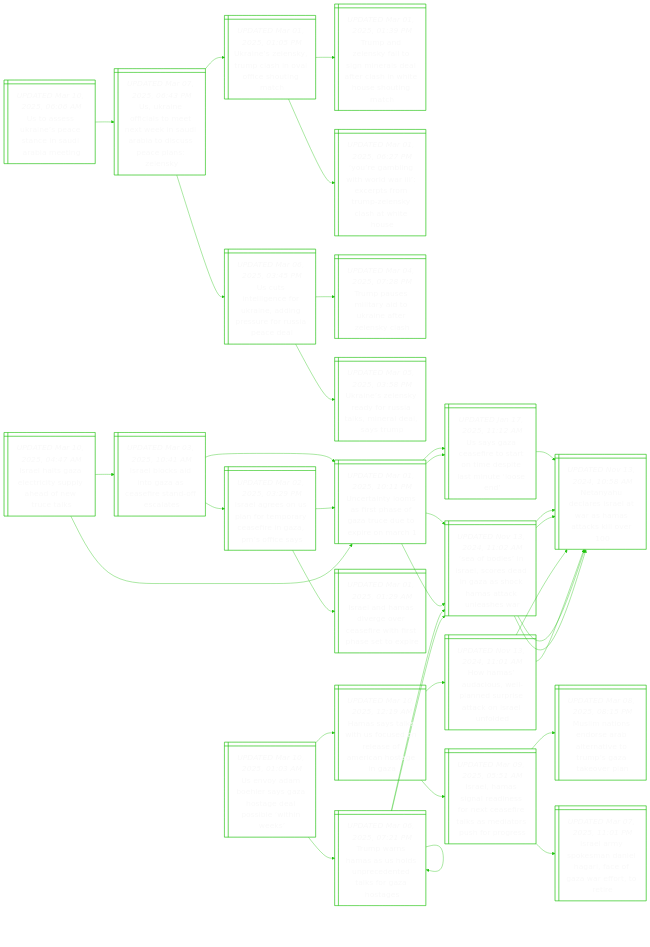
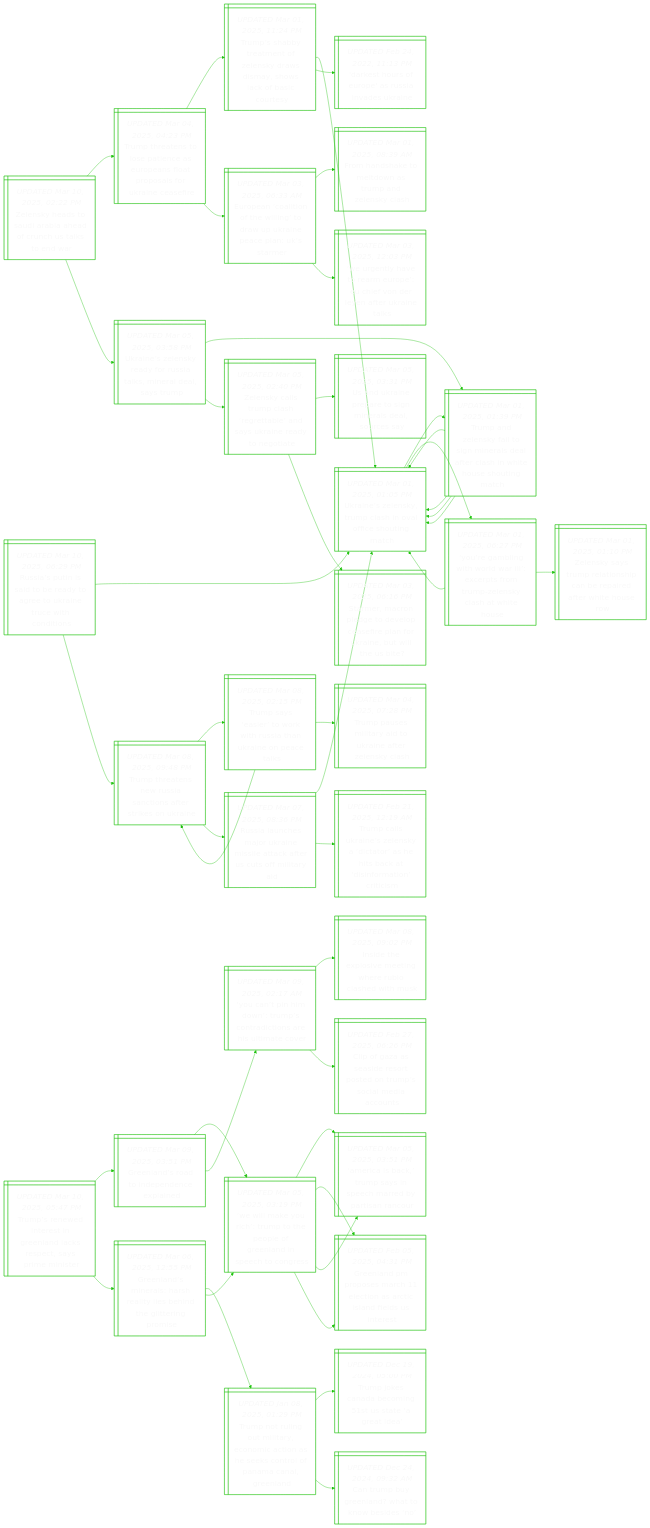
One commit to notJmes/notJmes changed the diagram in README.md. Above: the diagram before and after it, drawn with Mermaid. The commit also changed other lines of this file, not shown here.

````diff
--- a/README.md
+++ b/README.md
@@ -16,118 +16,142 @@
 flowchart LR
 classDef txtsize font-size:20px;
 
-UsUnaaniit@{ shape: win-pane, label: "_UPDATED Mar 10, 2025, 06:06 AM_
-Us to assess ukraine’s peace stance in saudi arabia meeting" }
-Uafameeartcelek@{ shape: win-pane, label: "_UPDATED Mar 07, 2025, 06:43 PM_
-Us, ukraine officials to meet next week in saudi arabia to discuss peace plans: zelensky" }
+ZsaSAaduSsd@{ shape: win-pane, label: "_UPDATED Mar 10, 2025, 02:22 PM_
+Zelensky heads to saudi arabia ahead of crunch us talks to end war" }
+TttopnEelrariar@{ shape: win-pane, label: "_UPDATED Mar 04, 2025, 04:23 PM_
+Trump threatens to lose patience as europeans float proposals for ukraine ceasefire" }
+Tsbatlysawksuy@{ shape: win-pane, label: "_UPDATED Mar 01, 2025, 11:24 PM_
+Trump’s shabby treatment of zelensky draws dismay, shows lack of basic courtesy" }
+Unlyphaiogh@{ shape: win-pane, label: "_UPDATED Mar 01, 2025, 01:05 PM_
+Ukraine’s zelensky, trump clash in oval office shouting match" }
+DsruasvUn@{ shape: win-pane, label: "_UPDATED Feb 24, 2022, 11:13 PM_
+'darkest hours of europe' as russia invades ukraine" }
+Eeaohlouaelsm@{ shape: win-pane, label: "_UPDATED Mar 03, 2025, 06:33 AM_
+European ‘coalition of the willing’ to draw up ukraine peace plan: uk’s starmer" }
+FaamoTalyh@{ shape: win-pane, label: "_UPDATED Mar 01, 2025, 08:39 AM_
+From handshake to meltdown as trump and zelensky clash" }
+WehomphoLaUnk@{ shape: win-pane, label: "_UPDATED Mar 03, 2025, 12:03 PM_
+‘we urgently have to rearm europe’: eu chief von der leyen after ukraine talks" }
+UnlyyutmalT@{ shape: win-pane, label: "_UPDATED Mar 05, 2025, 03:58 PM_
+Ukraine’s zelensky ready for russia talks, mineral deal, says trump" }
+TalytnretaWHsit@{ shape: win-pane, label: "_UPDATED Mar 01, 2025, 01:39 PM_
+Trump and zelensky fail to sign minerals deal after clash in white house shouting match" }
+Unlyphaiogh@{ shape: win-pane, label: "_UPDATED Mar 01, 2025, 01:05 PM_
+Ukraine’s zelensky, trump clash in oval office shouting match" }
+Unlyphaiogh@{ shape: win-pane, label: "_UPDATED Mar 01, 2025, 01:05 PM_
+Ukraine’s zelensky, trump clash in oval office shouting match" }
+Zsluagansiani@{ shape: win-pane, label: "_UPDATED Mar 05, 2025, 02:40 PM_
+Zelensky calls trump clash ‘regrettable’ and says ukraine ready to negotiate" }
+UUnpomaara@{ shape: win-pane, label: "_UPDATED Mar 05, 2025, 03:31 PM_
+Us and ukraine prepare to sign minerals deal, sources say" }
+Sereolarnkeiet@{ shape: win-pane, label: "_UPDATED Mar 03, 2025, 06:16 PM_
+Starmer, macron pledge to develop ceasefire plan for ukraine, but will the us bite?" }
+
+ZsaSAaduSsd:::txtsize --> TttopnEelrariar:::txtsize
+TttopnEelrariar:::txtsize --> Tsbatlysawksuy:::txtsize
+Tsbatlysawksuy:::txtsize --> Unlyphaiogh:::txtsize
+Tsbatlysawksuy:::txtsize --> DsruasvUn:::txtsize
+TttopnEelrariar:::txtsize --> Eeaohlouaelsm:::txtsize
+Eeaohlouaelsm:::txtsize --> FaamoTalyh:::txtsize
+Eeaohlouaelsm:::txtsize --> WehomphoLaUnk:::txtsize
+ZsaSAaduSsd:::txtsize --> UnlyyutmalT:::txtsize
+UnlyyutmalT:::txtsize --> TalytnretaWHsit:::txtsize
+TalytnretaWHsit:::txtsize --> Unlyphaiogh:::txtsize
+TalytnretaWHsit:::txtsize --> Unlyphaiogh:::txtsize
+UnlyyutmalT:::txtsize --> Zsluagansiani:::txtsize
+Zsluagansiani:::txtsize --> UUnpomaara:::txtsize
+Zsluagansiani:::txtsize --> Sereolarnkeiet:::txtsize
+
+Raiabdgoiutdn@{ shape: win-pane, label: "_UPDATED Mar 10, 2025, 06:29 PM_
+Russia’s putin is said to be ready to agree to ukraine truce with conditions" }
 Unlyphaiogh@{ shape: win-pane, label: "_UPDATED Mar 01, 2025, 01:05 PM_
 Ukraine’s zelensky, trump clash in oval office shouting match" }
 TalytnretaWHsit@{ shape: win-pane, label: "_UPDATED Mar 01, 2025, 01:39 PM_
 Trump and zelensky fail to sign minerals deal after clash in white house shouting match" }
+Unlyphaiogh@{ shape: win-pane, label: "_UPDATED Mar 01, 2025, 01:05 PM_
+Ukraine’s zelensky, trump clash in oval office shouting match" }
+Unlyphaiogh@{ shape: win-pane, label: "_UPDATED Mar 01, 2025, 01:05 PM_
+Ukraine’s zelensky, trump clash in oval office shouting match" }
 YgitlIcsTZsaWH@{ shape: win-pane, label: "_UPDATED Mar 01, 2025, 06:27 PM_
 ‘you’re gambling with world war iii’: excerpts from trump-zelensky clash at white house" }
-UslnridrrRae@{ shape: win-pane, label: "_UPDATED Mar 06, 2025, 03:45 PM_
-Us cuts intelligence for ukraine, adding pressure for russia peace deal" }
+Unlyphaiogh@{ shape: win-pane, label: "_UPDATED Mar 01, 2025, 01:05 PM_
+Ukraine’s zelensky, trump clash in oval office shouting match" }
+Zsymasaeeets@{ shape: win-pane, label: "_UPDATED Mar 01, 2025, 01:10 PM_
+Zelensky says trump relationship can be repaired after white house row" }
+Tttesnneini@{ shape: win-pane, label: "_UPDATED Mar 08, 2025, 09:48 PM_
+Trump threatens new russia sanctions after strikes on ukraine" }
+TsatkRaUnea@{ shape: win-pane, label: "_UPDATED Mar 08, 2025, 02:15 PM_
+Trump says ‘easier’ to work with russia than ukraine on peace talks" }
 Tpstikernl@{ shape: win-pane, label: "_UPDATED Mar 04, 2025, 07:28 PM_
 Trump pauses military aid to ukraine after zelensky clash" }
-UnlyyutmalT@{ shape: win-pane, label: "_UPDATED Mar 05, 2025, 03:58 PM_
-Ukraine’s zelensky ready for russia talks, mineral deal, says trump" }
+Tttesnneini@{ shape: win-pane, label: "_UPDATED Mar 08, 2025, 09:48 PM_
+Trump threatens new russia sanctions after strikes on ukraine" }
+RacakeitfSoly@{ shape: win-pane, label: "_UPDATED Mar 07, 2025, 08:36 PM_
+Russia launches major ukraine missile attack after us cuts off military aid" }
+Unlyphaiogh@{ shape: win-pane, label: "_UPDATED Mar 01, 2025, 01:05 PM_
+Ukraine’s zelensky, trump clash in oval office shouting match" }
+TcUnlytaicioiis@{ shape: win-pane, label: "_UPDATED Feb 21, 2025, 12:19 AM_
+Trump calls ukraine’s zelensky a ‘dictator’ as he hits back at ‘disinformation’ criticism" }
 
-UsUnaaniit:::txtsize --> Uafameeartcelek:::txtsize
-Uafameeartcelek:::txtsize --> Unlyphaiogh:::txtsize
+Raiabdgoiutdn:::txtsize --> Unlyphaiogh:::txtsize
 Unlyphaiogh:::txtsize --> TalytnretaWHsit:::txtsize
+TalytnretaWHsit:::txtsize --> Unlyphaiogh:::txtsize
+TalytnretaWHsit:::txtsize --> Unlyphaiogh:::txtsize
 Unlyphaiogh:::txtsize --> YgitlIcsTZsaWH:::txtsize
-Uafameeartcelek:::txtsize --> UslnridrrRae:::txtsize
-UslnridrrRae:::txtsize --> Tpstikernl:::txtsize
-UslnridrrRae:::txtsize --> UnlyyutmalT:::txtsize
+YgitlIcsTZsaWH:::txtsize --> Unlyphaiogh:::txtsize
+YgitlIcsTZsaWH:::txtsize --> Zsymasaeeets:::txtsize
+Raiabdgoiutdn:::txtsize --> Tttesnneini:::txtsize
+Tttesnneini:::txtsize --> TsatkRaUnea:::txtsize
+TsatkRaUnea:::txtsize --> Tpstikernl:::txtsize
+TsatkRaUnea:::txtsize --> Tttesnneini:::txtsize
+Tttesnneini:::txtsize --> RacakeitfSoly:::txtsize
+RacakeitfSoly:::txtsize --> Unlyphaiogh:::txtsize
+RacakeitfSoly:::txtsize --> TcUnlytaicioiis:::txtsize
 
-Ilserylaeck@{ shape: win-pane, label: "_UPDATED Mar 10, 2025, 04:47 AM_
-Israel halts gaza electricity supply ahead of new truce talks" }
-Ilkiacftfas@{ shape: win-pane, label: "_UPDATED Mar 03, 2025, 10:41 AM_
-Israel blocks aid into gaza as ceasefire stand-off escalates" }
-UtysraGruxoc@{ shape: win-pane, label: "_UPDATED Mar 01, 2025, 10:11 PM_
-Uncertainty looms as first phase of gaza truce due to expire on march 1" }
-Uscfotmpanon@{ shape: win-pane, label: "_UPDATED Jan 17, 2025, 11:12 AM_
-Us says gaza ceasefire to start on time despite last minute ‘loose end’" }
-Sbsrcdnacaale@{ shape: win-pane, label: "_UPDATED Nov 13, 2024, 11:02 AM_
-‘sea of bodies’ in israel, scores dead in gaza as shock hamas attack unleashes war" }
-IleSfmrsezoe@{ shape: win-pane, label: "_UPDATED Mar 02, 2025, 03:29 PM_
-Israel agrees on us plan for temporary ceasefire in gaza, pm’s office says" }
-Ilaiecfiratp@{ shape: win-pane, label: "_UPDATED Mar 01, 2025, 01:29 AM_
-Israel and hamas diverge over ceasefire with first phase set to expire" }
-UtysraGruxoc@{ shape: win-pane, label: "_UPDATED Mar 01, 2025, 10:11 PM_
-Uncertainty looms as first phase of gaza truce due to expire on march 1" }
-UtysraGruxoc@{ shape: win-pane, label: "_UPDATED Mar 01, 2025, 10:11 PM_
-Uncertainty looms as first phase of gaza truce due to expire on march 1" }
-Uscfotmpanon@{ shape: win-pane, label: "_UPDATED Jan 17, 2025, 11:12 AM_
-Us says gaza ceasefire to start on time despite last minute ‘loose end’" }
-NyeeawHakl@{ shape: win-pane, label: "_UPDATED Nov 13, 2024, 10:58 AM_
-Netanyahu declares israel at war as hamas attacks kill over 100" }
-Sbsrcdnacaale@{ shape: win-pane, label: "_UPDATED Nov 13, 2024, 11:02 AM_
-‘sea of bodies’ in israel, scores dead in gaza as shock hamas attack unleashes war" }
-NyeeawHakl@{ shape: win-pane, label: "_UPDATED Nov 13, 2024, 10:58 AM_
-Netanyahu declares israel at war as hamas attacks kill over 100" }
-NyeeawHakl@{ shape: win-pane, label: "_UPDATED Nov 13, 2024, 10:58 AM_
-Netanyahu declares israel at war as hamas attacks kill over 100" }
+Tswttenkpainr@{ shape: win-pane, label: "_UPDATED Mar 10, 2025, 05:47 PM_
+Trump’s renewed interest in greenland lacks respect, says prime minister" }
+Glropnpe@{ shape: win-pane, label: "_UPDATED Mar 09, 2025, 03:51 PM_
+Greenland’s road to independence explained" }
+WlycmhpGlncos@{ shape: win-pane, label: "_UPDATED Mar 05, 2025, 03:19 PM_
+‘we will make you rich’: trump to the people of greenland in speech to congress" }
+Acauypmdrno@{ shape: win-pane, label: "_UPDATED Mar 05, 2025, 03:51 PM_
+‘america is back,’ trump says in speech marred by partisan rancour" }
+GlMoaloriddns@{ shape: win-pane, label: "_UPDATED Feb 05, 2025, 04:31 PM_
+Greenland pm proposes march 11 election as arctic island fields us interest" }
+Ynhwmninhter@{ shape: win-pane, label: "_UPDATED Mar 09, 2025, 02:17 AM_
+‘you can’t pin him down’: trump’s contradictions are his ultimate cover" }
+IexiewRceh@{ shape: win-pane, label: "_UPDATED Mar 08, 2025, 09:02 PM_
+Inside the explosive meeting where rubio clashed with musk" }
+Cfasepduoman@{ shape: win-pane, label: "_UPDATED Feb 27, 2025, 06:26 PM_
+Clip of gaza as seaside resort posted on trump’s social media accounts" }
+Glmaraletiio@{ shape: win-pane, label: "_UPDATED Mar 06, 2025, 12:55 PM_
+Greenland’s minerals: harsh reality lies behind the glittering promise" }
+Tnluiemtsenoanen@{ shape: win-pane, label: "_UPDATED Jan 08, 2025, 01:29 PM_
+Trump not ruling out military, economic action as he seeks control of panama canal, greenland" }
+TjCamtard@{ shape: win-pane, label: "_UPDATED Dec 19, 2024, 05:00 PM_
+Trump jokes canada becoming 51st us state ‘a great idea’" }
+CuynWobe@{ shape: win-pane, label: "_UPDATED Dec 24, 2024, 09:32 AM_
+Can trump buy greenland? what to know besides ‘no’" }
+WlycmhpGlncos@{ shape: win-pane, label: "_UPDATED Mar 05, 2025, 03:19 PM_
+‘we will make you rich’: trump to the people of greenland in speech to congress" }
+Acauypmdrno@{ shape: win-pane, label: "_UPDATED Mar 05, 2025, 03:51 PM_
+‘america is back,’ trump says in speech marred by partisan rancour" }
+GlMoaloriddns@{ shape: win-pane, label: "_UPDATED Feb 05, 2025, 04:31 PM_
+Greenland pm proposes march 11 election as arctic island fields us interest" }
 
-Ilserylaeck:::txtsize --> Ilkiacftfas:::txtsize
-Ilkiacftfas:::txtsize --> UtysraGruxoc:::txtsize
-UtysraGruxoc:::txtsize --> Uscfotmpanon:::txtsize
-UtysraGruxoc:::txtsize --> Sbsrcdnacaale:::txtsize
-Ilkiacftfas:::txtsize --> IleSfmrsezoe:::txtsize
-IleSfmrsezoe:::txtsize --> Ilaiecfiratp:::txtsize
-IleSfmrsezoe:::txtsize --> UtysraGruxoc:::txtsize
-Ilserylaeck:::txtsize --> UtysraGruxoc:::txtsize
-UtysraGruxoc:::txtsize --> Uscfotmpanon:::txtsize
-Uscfotmpanon:::txtsize --> NyeeawHakl:::txtsize
-UtysraGruxoc:::txtsize --> Sbsrcdnacaale:::txtsize
-Sbsrcdnacaale:::txtsize --> NyeeawHakl:::txtsize
-Sbsrcdnacaale:::txtsize --> NyeeawHakl:::txtsize
-
-Uomlyaaaswns@{ shape: win-pane, label: "_UPDATED Mar 10, 2025, 01:03 AM_
-Us envoy adam boehler says gaza hostage deal possible ‘within weeks’" }
-HsaifeeeenaG@{ shape: win-pane, label: "_UPDATED Mar 10, 2025, 12:19 AM_
-Hamas says talks with us focused on release of american hostage in gaza" }
-Ilsadsearkeospe@{ shape: win-pane, label: "_UPDATED Mar 09, 2025, 05:51 AM_
-Israel, hamas signal readiness for next ceasefire talks as mediators push for progress" }
-MmodAlatmzep@{ shape: win-pane, label: "_UPDATED Mar 08, 2025, 08:15 PM_
-Muslim nations endorse arab alternative to trump’s gaza takeover plan" }
-IlssaHioafti@{ shape: win-pane, label: "_UPDATED Mar 07, 2025, 11:01 PM_
-Israel army spokesman daniel hagari, face of gaza war effort, to retire" }
-Hmdulnrecsud@{ shape: win-pane, label: "_UPDATED Nov 13, 2024, 11:01 AM_
-How hamas’ audacious, well-planned surprise attack on israel unfolded" }
-NyeeawHakl@{ shape: win-pane, label: "_UPDATED Nov 13, 2024, 10:58 AM_
-Netanyahu declares israel at war as hamas attacks kill over 100" }
-NyeeawHakl@{ shape: win-pane, label: "_UPDATED Nov 13, 2024, 10:58 AM_
-Netanyahu declares israel at war as hamas attacks kill over 100" }
-TwHaoneekGoe@{ shape: win-pane, label: "_UPDATED Mar 06, 2025, 07:21 PM_
-Trump warns hamas as us holds unprecedented talks for gaza hostages" }
-TwHaoneekGoe@{ shape: win-pane, label: "_UPDATED Mar 06, 2025, 07:21 PM_
-Trump warns hamas as us holds unprecedented talks for gaza hostages" }
-TwHaoneekGoe@{ shape: win-pane, label: "_UPDATED Mar 06, 2025, 07:21 PM_
-Trump warns hamas as us holds unprecedented talks for gaza hostages" }
-Sbsrcdnacaale@{ shape: win-pane, label: "_UPDATED Nov 13, 2024, 11:02 AM_
-‘sea of bodies’ in israel, scores dead in gaza as shock hamas attack unleashes war" }
-Sbsrcdnacaale@{ shape: win-pane, label: "_UPDATED Nov 13, 2024, 11:02 AM_
-‘sea of bodies’ in israel, scores dead in gaza as shock hamas attack unleashes war" }
-NyeeawHakl@{ shape: win-pane, label: "_UPDATED Nov 13, 2024, 10:58 AM_
-Netanyahu declares israel at war as hamas attacks kill over 100" }
-NyeeawHakl@{ shape: win-pane, label: "_UPDATED Nov 13, 2024, 10:58 AM_
-Netanyahu declares israel at war as hamas attacks kill over 100" }
-
-Uomlyaaaswns:::txtsize --> HsaifeeeenaG:::txtsize
-HsaifeeeenaG:::txtsize --> Ilsadsearkeospe:::txtsize
-Ilsadsearkeospe:::txtsize --> MmodAlatmzep:::txtsize
-Ilsadsearkeospe:::txtsize --> IlssaHioafti:::txtsize
-HsaifeeeenaG:::txtsize --> Hmdulnrecsud:::txtsize
-Hmdulnrecsud:::txtsize --> NyeeawHakl:::txtsize
-Hmdulnrecsud:::txtsize --> NyeeawHakl:::txtsize
-Uomlyaaaswns:::txtsize --> TwHaoneekGoe:::txtsize
-TwHaoneekGoe:::txtsize --> TwHaoneekGoe:::txtsize
-TwHaoneekGoe:::txtsize --> TwHaoneekGoe:::txtsize
-TwHaoneekGoe:::txtsize --> Sbsrcdnacaale:::txtsize
-TwHaoneekGoe:::txtsize --> Sbsrcdnacaale:::txtsize
-Sbsrcdnacaale:::txtsize --> NyeeawHakl:::txtsize
-Sbsrcdnacaale:::txtsize --> NyeeawHakl:::txtsize
+Tswttenkpainr:::txtsize --> Glropnpe:::txtsize
+Glropnpe:::txtsize --> WlycmhpGlncos:::txtsize
+WlycmhpGlncos:::txtsize --> Acauypmdrno:::txtsize
+WlycmhpGlncos:::txtsize --> GlMoaloriddns:::txtsize
+Glropnpe:::txtsize --> Ynhwmninhter:::txtsize
+Ynhwmninhter:::txtsize --> IexiewRceh:::txtsize
+Ynhwmninhter:::txtsize --> Cfasepduoman:::txtsize
+Tswttenkpainr:::txtsize --> Glmaraletiio:::txtsize
+Glmaraletiio:::txtsize --> Tnluiemtsenoanen:::txtsize
+Tnluiemtsenoanen:::txtsize --> TjCamtard:::txtsize
+Tnluiemtsenoanen:::txtsize --> CuynWobe:::txtsize
+Glmaraletiio:::txtsize --> WlycmhpGlncos:::txtsize
+WlycmhpGlncos:::txtsize --> Acauypmdrno:::txtsize
+WlycmhpGlncos:::txtsize --> GlMoaloriddns:::txtsize
 
 ```
````
